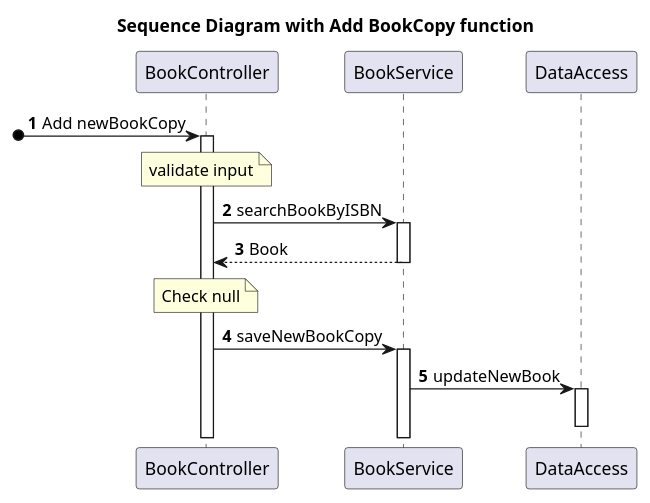
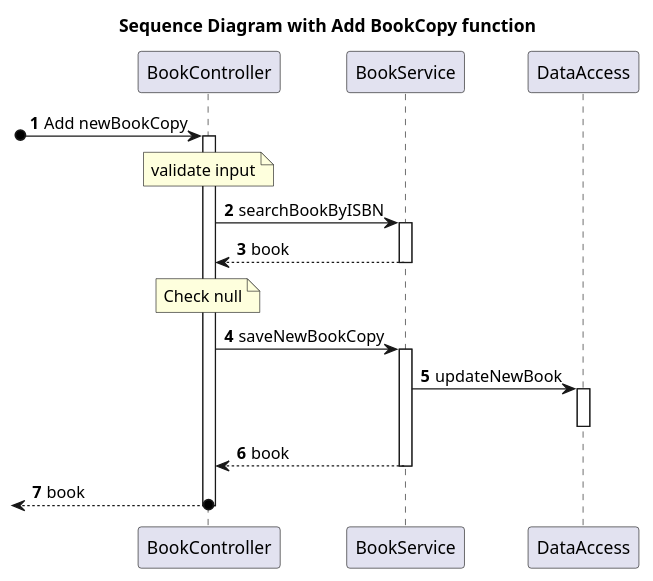
One commit to anhvu2889/miu-cs401-mpp changed the diagram in mpp-cs401/src/midterm/diagram/addBookCopy.puml. Above: the diagram before and after it, drawn with PlantUML. The commit also changed 4 other files, not shown here.

Commit message:
update diagram

```diff
--- a/mpp-cs401/src/midterm/diagram/addBookCopy.puml
+++ b/mpp-cs401/src/midterm/diagram/addBookCopy.puml
@@ -1,21 +1,24 @@
 @startuml
 
 title Sequence Diagram with Add BookCopy function
 
 autonumber
 
 participant "BookController" as bc
 participant "BookService" as bs
 participant "DataAccess" as da
 
 [o-> bc++: Add newBookCopy
 note over bc: validate input
 bc -> bs++: searchBookByISBN
-return Book
+return book
 
 note over bc: Check null
 bc -> bs++: saveNewBookCopy
 bs -> da++: updateNewBook
-deactivate
+deactivate da
+return book
+
+return book
 
 @enduml
```
